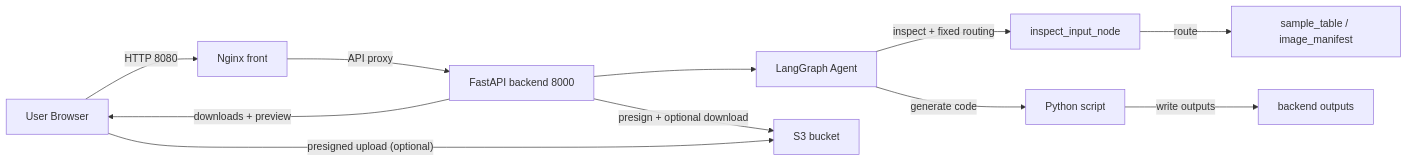
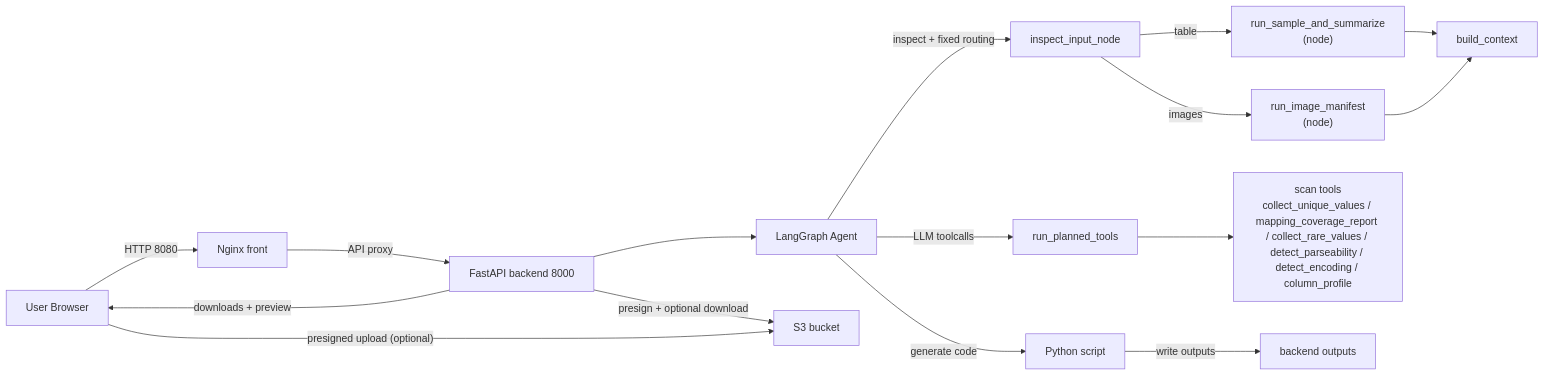
One commit to sonsukwoo/Data_preprocessing_auto changed the first of 3 diagrams in README.md. Above: the diagram before and after it, drawn with Mermaid. The commit also changed other lines of this file and 4 other files, not shown here.

````diff
--- a/README.md
+++ b/README.md
@@ -95,13 +95,18 @@
 ```mermaid
 flowchart LR
   U["User Browser"] -->|"HTTP 8080"| N["Nginx front"]
   N -->|"API proxy"| A["FastAPI backend 8000"]
   A --> G["LangGraph Agent"]
   G -->|"inspect + fixed routing"| T["inspect_input_node"]
-  T -->|"route"| S["sample_table / image_manifest"]
+  T -->|"table"| S["run_sample_and_summarize<br/>(node)"]
+  T -->|"images"| IM["run_image_manifest<br/>(node)"]
+  S --> C["build_context"]
+  IM --> C
+  G -->|"LLM toolcalls"| TP["run_planned_tools"]
+  TP --> TOOL["scan tools<br/>collect_unique_values / mapping_coverage_report / collect_rare_values / detect_parseability / detect_encoding / column_profile"]
   G -->|"generate code"| P["Python script"]
   P -->|"write outputs"| O["backend outputs"]
   A -->|"downloads + preview"| U
   A -->|"presign + optional download"| S3["S3 bucket"]
   U -->|"presigned upload (optional)"| S3
 ```
````
